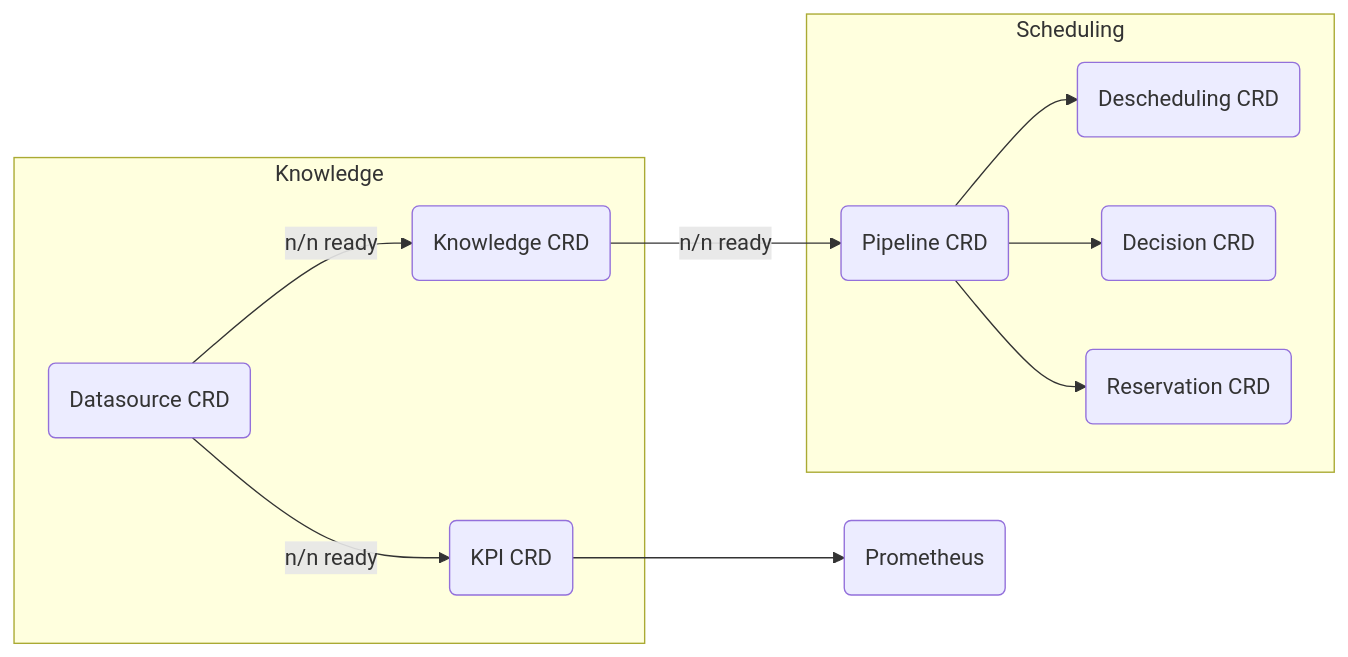
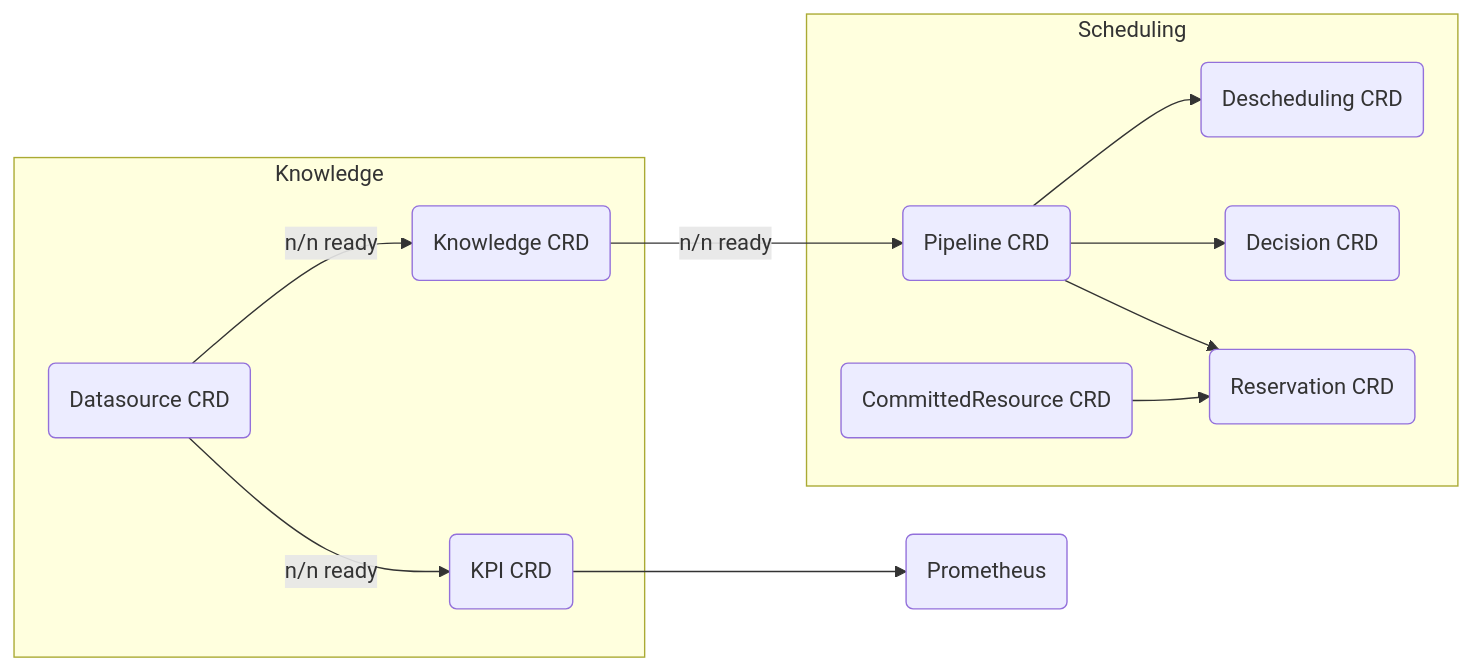
The diagram in docs/apis.md (cobaltcore-dev/cortex), drawn with Mermaid before and after one commit. The commit also changed other lines of this file and 2 other files, not shown here.

Commit message:
Update docs to reflect actual repo structure, add CommittedResource CRD, and add missing links

````diff
--- a/docs/apis.md
+++ b/docs/apis.md
@@ -7,24 +7,26 @@
 ```mermaid
 graph LR;
     subgraph knowledgedb [Knowledge]
     datasource(Datasource CRD)
     kpi(KPI CRD)
     knowledge(Knowledge CRD)
     datasource -- n/n ready --> kpi
     datasource -- n/n ready --> knowledge
     end
 
     subgraph scheduling [Scheduling]
     pipeline(Pipeline CRD)
     descheduling(Descheduling CRD)
     decision(Decision CRD)
     reservation(Reservation CRD)
+    committedresource(CommittedResource CRD)
     pipeline --> descheduling
     pipeline --> decision
     pipeline --> reservation
+    committedresource --> reservation
     end
 
     prometheus(Prometheus)
     kpi --> prometheus
     knowledge -- n/n ready --> pipeline
 ```
````
